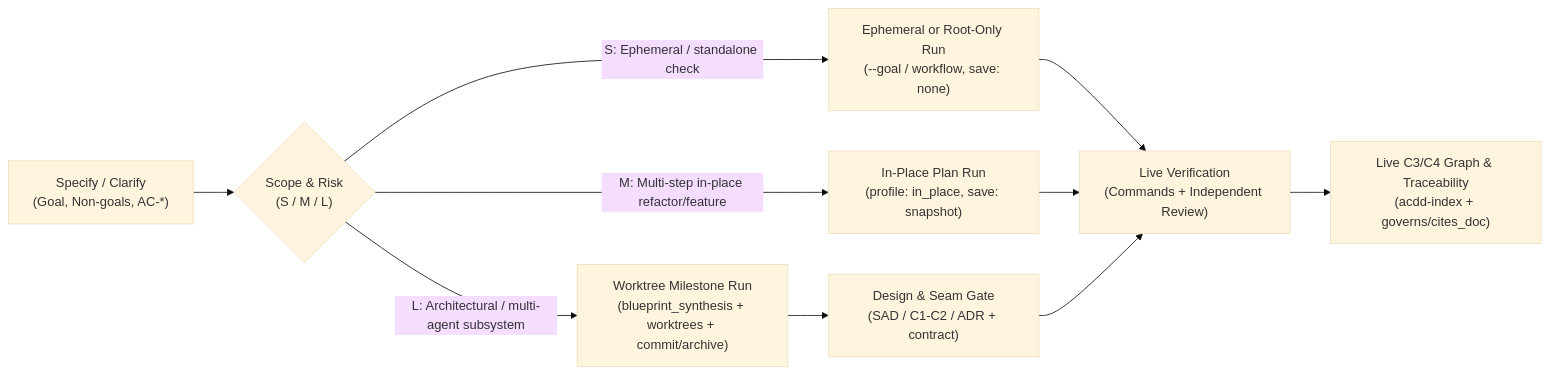
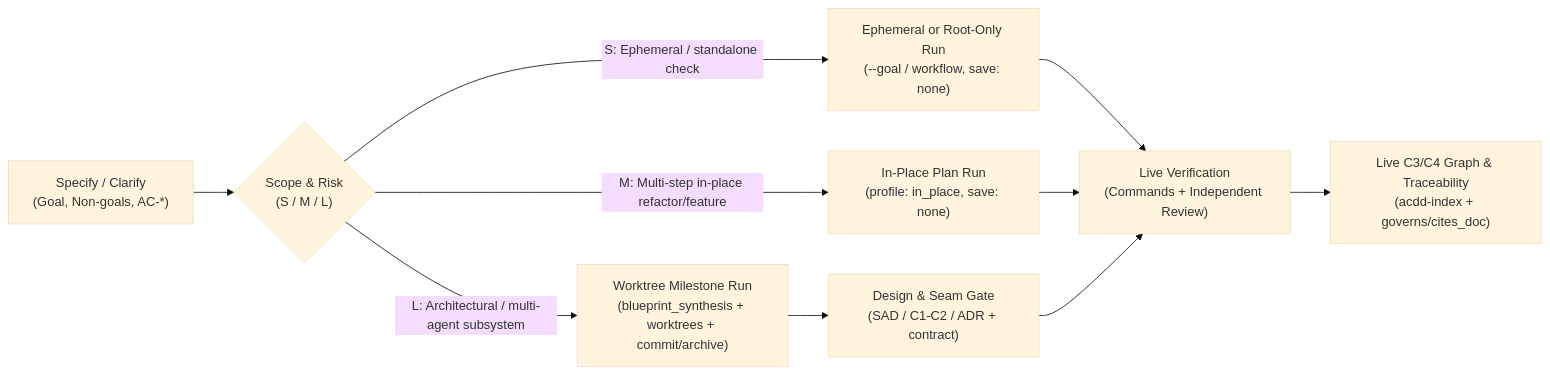
Before and after one commit to ContextUnity/contextunity-acdd: the diagram in docs/architecture/specification-and-design-lifecycle.md, drawn with Mermaid (base theme). The commit also changed other lines of this file and 86 other files, not shown here.

````diff
--- a/docs/architecture/specification-and-design-lifecycle.md
+++ b/docs/architecture/specification-and-design-lifecycle.md
@@ -40,12 +40,12 @@
 ```mermaid
 flowchart LR
   Spec["Specify / Clarify<br/>(Goal, Non-goals, AC-*)"] --> Triage{"Scope & Risk<br/>(S / M / L)"}
   Triage -->|"S: Ephemeral / standalone check"| WF["Ephemeral or Root-Only Run<br/>(--goal / workflow, save: none)"]
-  Triage -->|"M: Multi-step in-place refactor/feature"| PL["In-Place Plan Run<br/>(profile: in_place, save: snapshot)"]
+  Triage -->|"M: Multi-step in-place refactor/feature"| PL["In-Place Plan Run<br/>(profile: in_place, save: none)"]
   Triage -->|"L: Architectural / multi-agent subsystem"| MS["Worktree Milestone Run<br/>(blueprint_synthesis + worktrees + commit/archive)"]
   WF --> Verify["Live Verification<br/>(Commands + Independent Review)"]
   PL --> Verify
   MS --> Graph["Design & Seam Gate<br/>(SAD / C1-C2 / ADR + contract)"]
   Graph --> Verify
   Verify --> C34["Live C3/C4 Graph & Traceability<br/>(acdd-index + governs/cites_doc)"]
 ```
````
